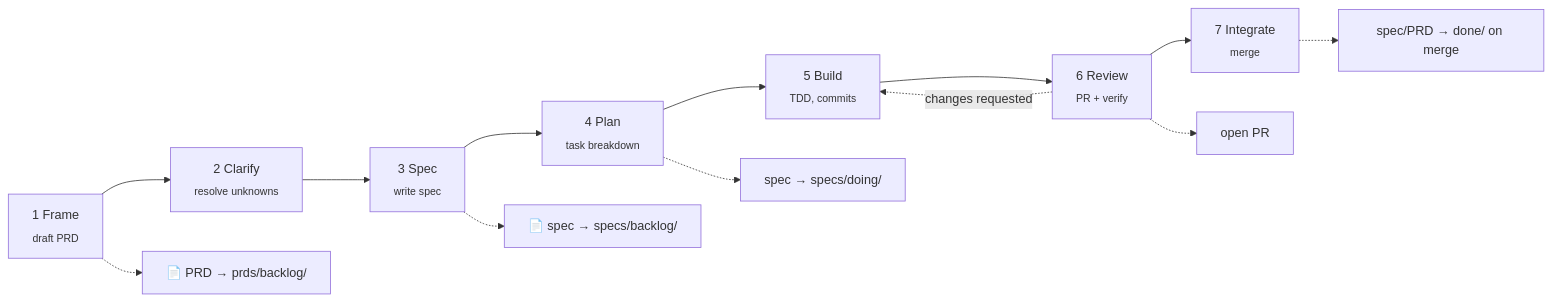
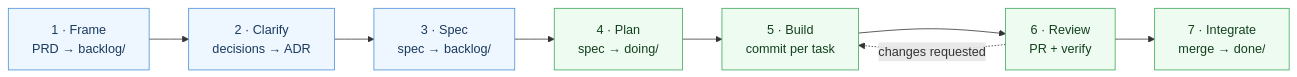
One commit to RuBiCK/lean-sdd-kit changed the diagram in README.md. Above: the diagram before and after it, drawn with Mermaid. The commit also changed 1 other file, not shown here.

Commit message:
fix(docs): make Mermaid diagrams render correctly and read clearly
- Remove literal **bold** inside nodes (GitHub Mermaid showed the asterisks)
- Drop <sub> (unreliable) and the dangling d1–d5 artifact "cloud"
- Fold each phase's doc/git artifact into its own node; colour THINK vs BUILD
- Replace \n in stateDiagram notes/labels with proper single-line labels
- Add THINK|BUILD subgraphs with a "point of no cheap return" boundary arrow

Validated all four diagrams render via mermaid engine.

````diff
--- a/README.md
+++ b/README.md
@@ -49,16 +51,16 @@
 ```mermaid
 flowchart LR
-    F["1 Frame<br/><sub>draft PRD</sub>"] --> C["2 Clarify<br/><sub>resolve unknowns</sub>"]
-    C --> S["3 Spec<br/><sub>write spec</sub>"]
-    S --> P["4 Plan<br/><sub>task breakdown</sub>"]
-    P --> B["5 Build<br/><sub>TDD, commits</sub>"]
-    B --> R["6 Review<br/><sub>PR + verify</sub>"]
-    R --> I["7 Integrate<br/><sub>merge</sub>"]
+    F["1 · Frame<br/>PRD → backlog/"]
+    C["2 · Clarify<br/>decisions → ADR"]
+    S["3 · Spec<br/>spec → backlog/"]
+    P["4 · Plan<br/>spec → doing/"]
+    B["5 · Build<br/>commit per task"]
+    R["6 · Review<br/>PR + verify"]
+    I["7 · Integrate<br/>merge → done/"]
+    F --> C --> S --> P --> B --> R --> I
     R -.->|changes requested| B
-
-    F -.-> d1["📄 PRD → prds/backlog/"]
-    S -.-> d2["📄 spec → specs/backlog/"]
-    P -.-> d3["spec → specs/doing/"]
-    R -.-> d4["open PR"]
-    I -.-> d5["spec/PRD → done/ on merge"]
+    classDef think fill:#eef6ff,stroke:#4a90d9,color:#1a3a5c;
+    classDef build fill:#eefbf0,stroke:#3ca85b,color:#14401f;
+    class F,C,S think
+    class P,B,R,I build
 ```
````
